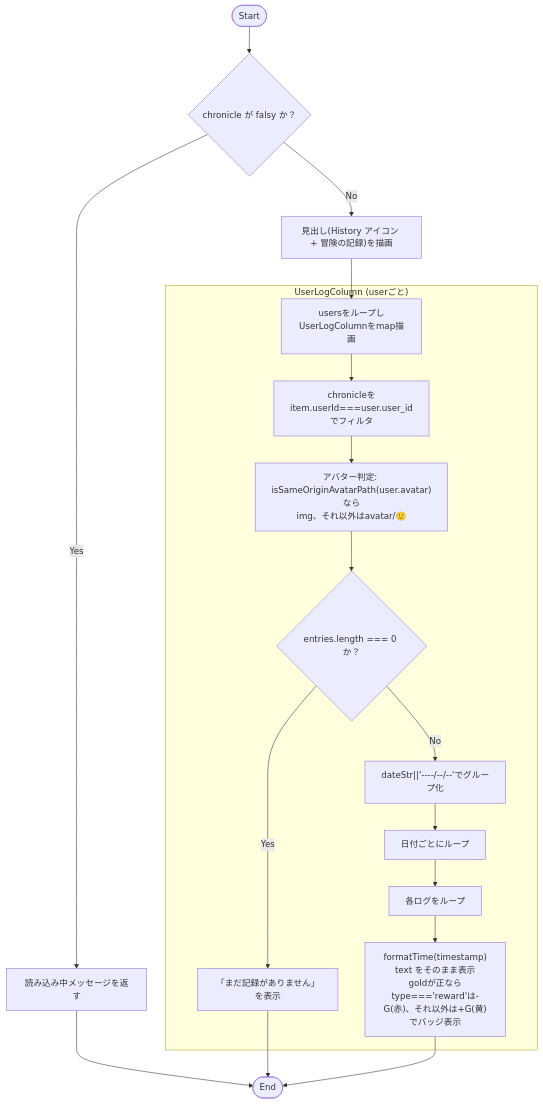
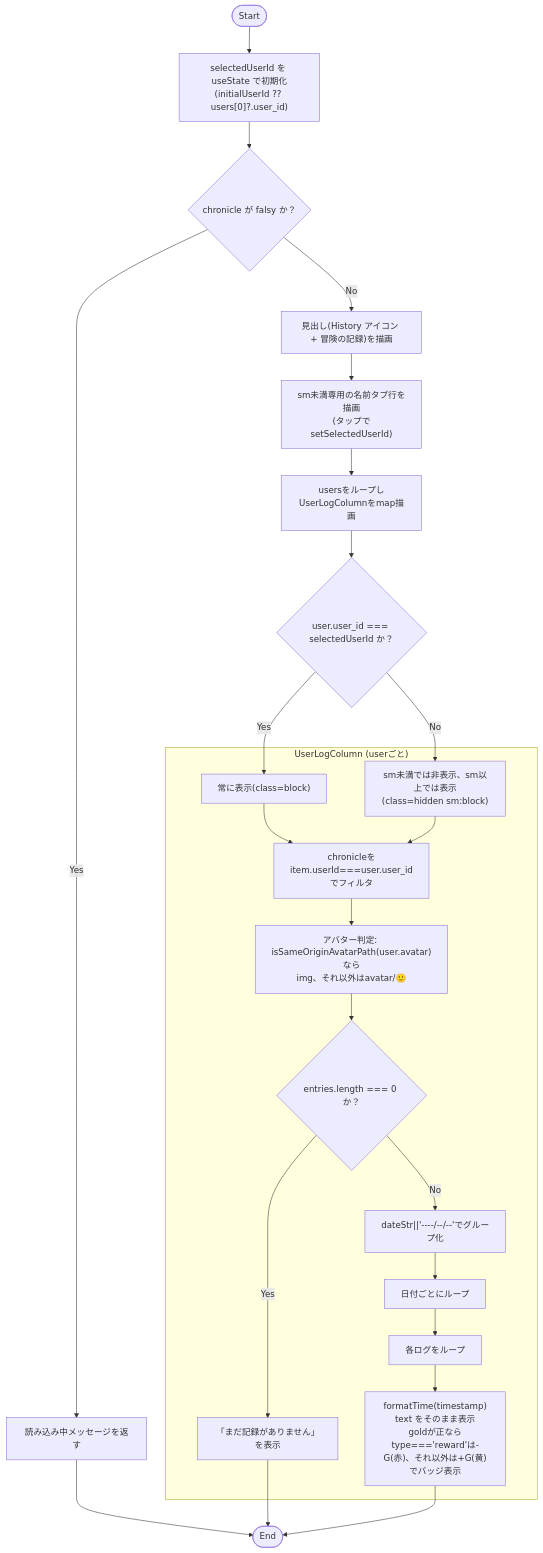
One commit to mmtigers/my_python_project changed the first of 2 diagrams in docs/specifications/family-quest/src/features/family/components/FamilyLog.md. Above: the diagram before and after it, drawn with Mermaid. The commit also changed other lines of this file and 1 other file, not shown here.

First line of the commit message:
docs: FamilyLog/App仕様書をスマホ幅1人表示の変更に追従

````diff
--- a/docs/specifications/family-quest/src/features/family/components/FamilyLog.md
+++ b/docs/specifications/family-quest/src/features/family/components/FamilyLog.md
@@ -119,23 +126,29 @@
 ```mermaid
 flowchart TD
-    Start([Start]) --> CheckChronicle{"chronicle が falsy か？"}
+    Start([Start]) --> InitState["selectedUserId を useState で初期化\n(initialUserId ?? users[0]?.user_id)"]
+    InitState --> CheckChronicle{"chronicle が falsy か？"}
     CheckChronicle -- Yes --> ReturnLoading["読み込み中メッセージを返す"]
     ReturnLoading --> End([End])
     CheckChronicle -- No --> RenderHeader["見出し(History アイコン + 冒険の記録)を描画"]
-    RenderHeader --> LoopUsers["usersをループしUserLogColumnをmap描画"]
+    RenderHeader --> RenderTabs["sm未満専用の名前タブ行を描画\n(タップでsetSelectedUserId)"]
+    RenderTabs --> LoopUsers["usersをループしUserLogColumnをmap描画"]
+    LoopUsers --> CheckSelected{"user.user_id === selectedUserId か？"}
+    CheckSelected -- Yes --> ShowBlock["常に表示(class=block)"]
+    CheckSelected -- No --> ShowHiddenSm["sm未満では非表示、sm以上では表示\n(class=hidden sm:block)"]
 
     subgraph "UserLogColumn (userごと)"
-        LoopUsers --> FilterEntries["chronicleをitem.userId===user.user_idでフィルタ"]
+        ShowBlock --> FilterEntries["chronicleをitem.userId===user.user_idでフィルタ"]
+        ShowHiddenSm --> FilterEntries
         FilterEntries --> RenderAvatar["アバター判定: isSameOriginAvatarPath(user.avatar)なら\nimg、それ以外はavatar/🙂"]
         RenderAvatar --> CheckEmpty{"entries.length === 0 か？"}
         CheckEmpty -- Yes --> RenderEmptyMsg["「まだ記録がありません」を表示"]
         CheckEmpty -- No --> GroupByDate["dateStr||'----/--/--'でグループ化"]
         GroupByDate --> LoopDates["日付ごとにループ"]
         LoopDates --> LoopLogs["各ログをループ"]
         LoopLogs --> FormatEntry["formatTime(timestamp)\ntext をそのまま表示\ngoldが正なら\ntype==='reward'は-G(赤)、それ以外は+G(黄)でバッジ表示"]
     end
 
     RenderEmptyMsg --> End
     FormatEntry --> End
 
 ```
````
